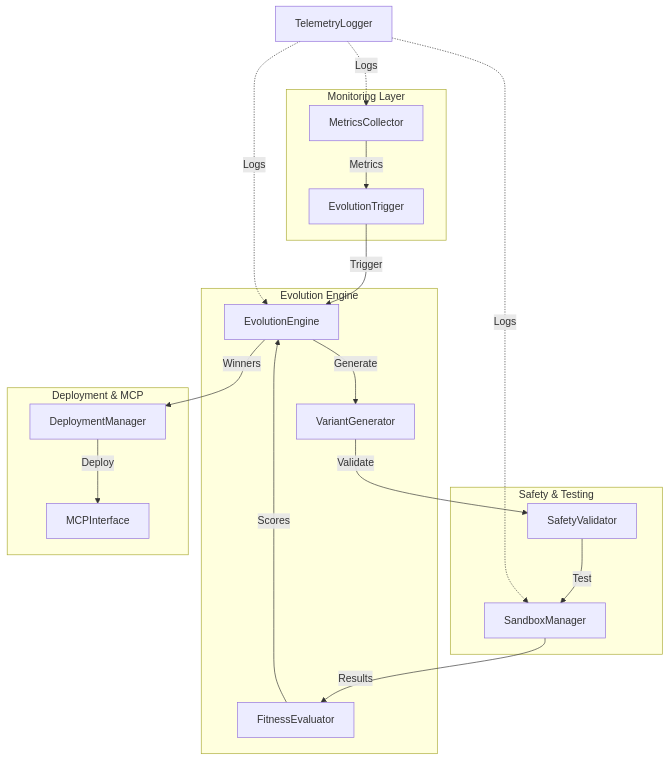
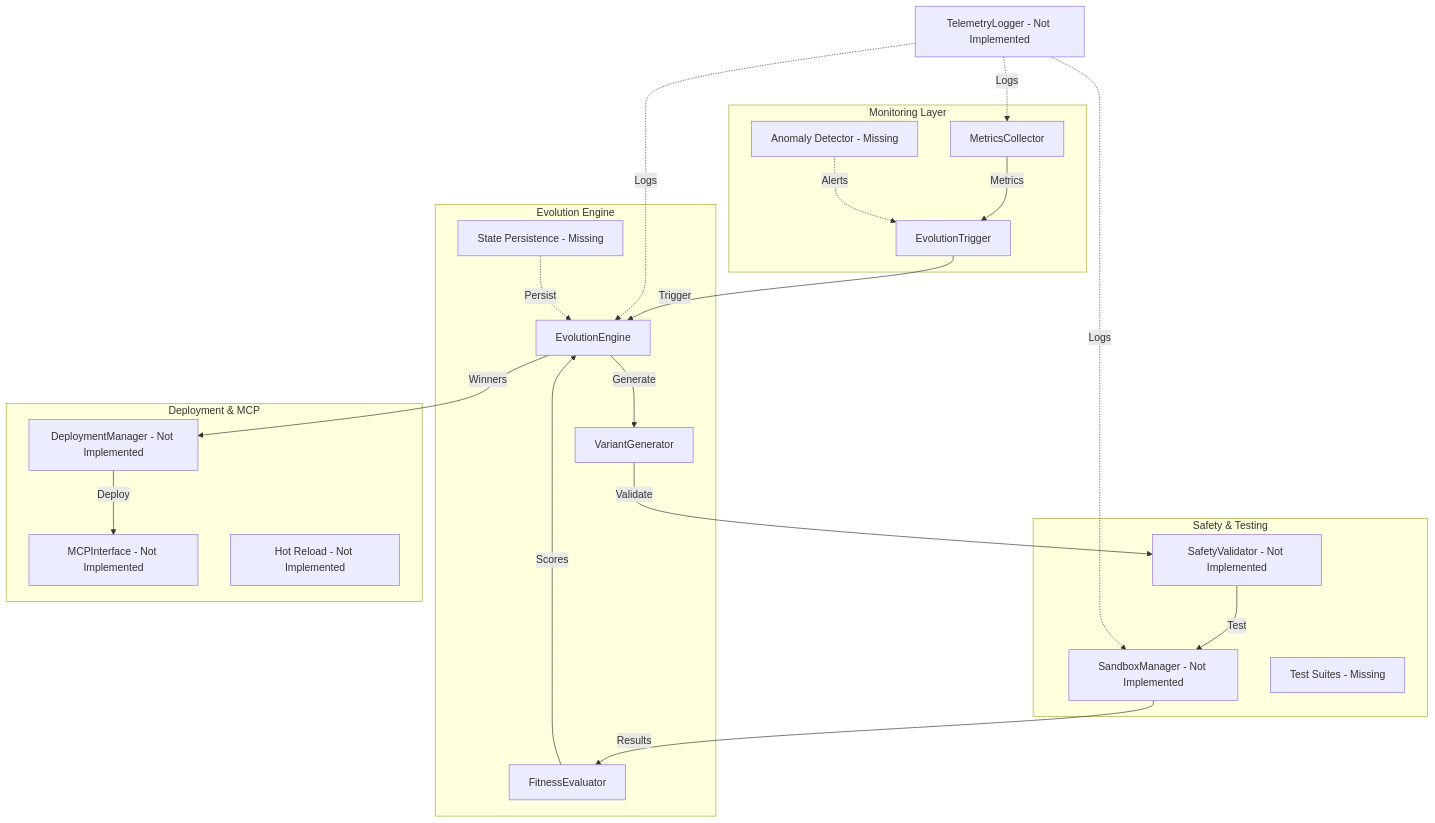
One commit to kwsantiago/goose-evolve changed the first of 5 diagrams in docs/architecture.md. Above: the diagram before and after it, drawn with Mermaid. The commit also changed other lines of this file and 13 other files, not shown here.

````diff
--- a/docs/architecture.md
+++ b/docs/architecture.md
@@ -27,37 +88,44 @@
 ```mermaid
 graph TB
     subgraph "Monitoring Layer"
         MC[MetricsCollector]
         ET[EvolutionTrigger]
+        AD[Anomaly Detector - Missing]
     end
     
     subgraph "Evolution Engine"
         EE[EvolutionEngine]
         VG[VariantGenerator]
         FE[FitnessEvaluator]
+        SP[State Persistence - Missing]
     end
     
     subgraph "Safety & Testing"
-        SV[SafetyValidator]
-        SB[SandboxManager]
+        SV[SafetyValidator - Not Implemented]
+        SB[SandboxManager - Not Implemented]
+        TS[Test Suites - Missing]
     end
     
     subgraph "Deployment & MCP"
-        DM[DeploymentManager]
-        MI[MCPInterface]
+        DM[DeploymentManager - Not Implemented]
+        MI[MCPInterface - Not Implemented]
+        HR[Hot Reload - Not Implemented]
     end
     
     MC -->|Metrics| ET
     ET -->|Trigger| EE
     EE -->|Generate| VG
     VG -->|Validate| SV
     SV -->|Test| SB
     SB -->|Results| FE
     FE -->|Scores| EE
     EE -->|Winners| DM
     DM -->|Deploy| MI
     
-    TL[TelemetryLogger] -.->|Logs| MC
+    TL[TelemetryLogger - Not Implemented] -.->|Logs| MC
     TL -.->|Logs| EE
     TL -.->|Logs| SB
+    
+    SP -.->|Persist| EE
+    AD -.->|Alerts| ET
 ```
````
